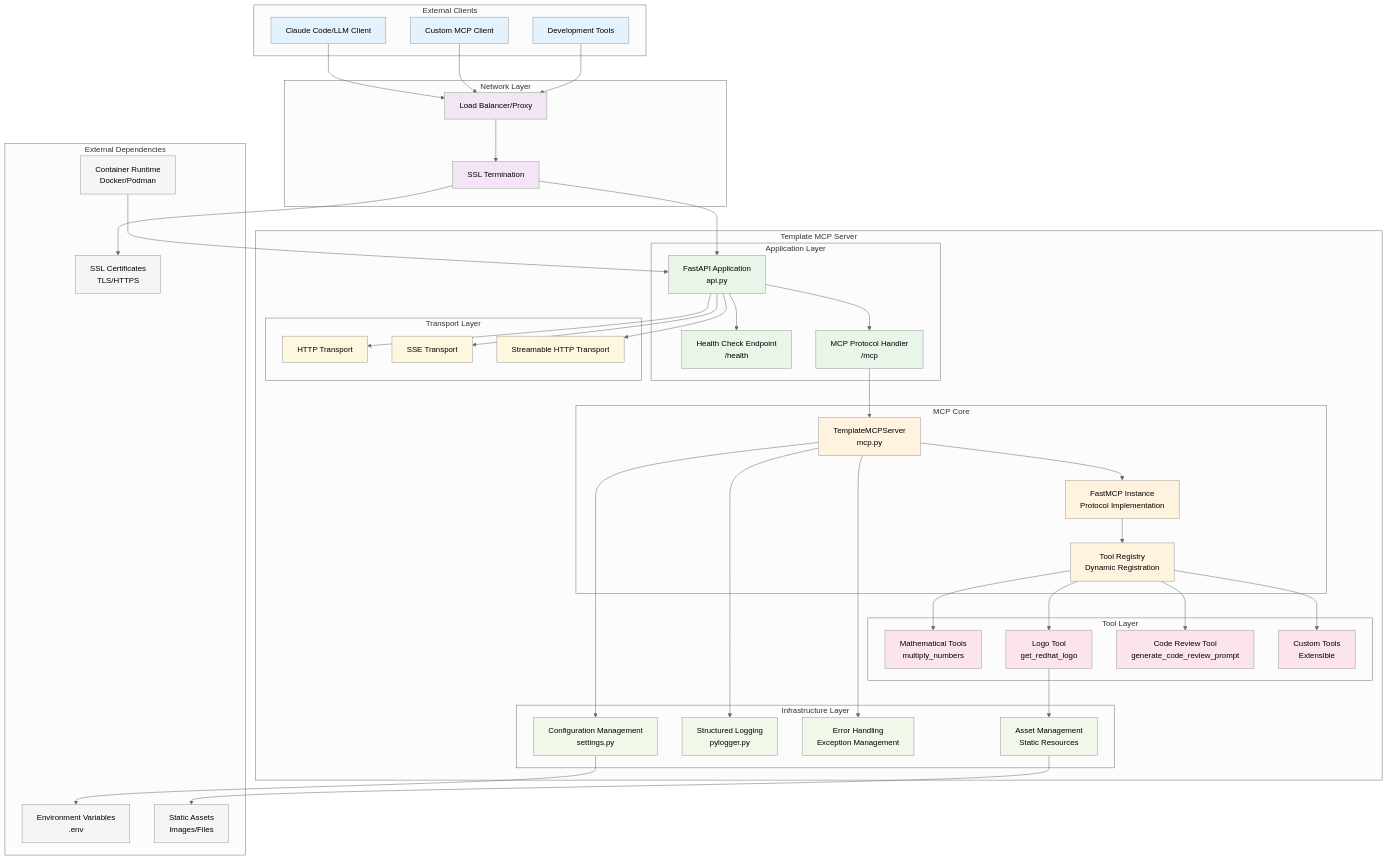
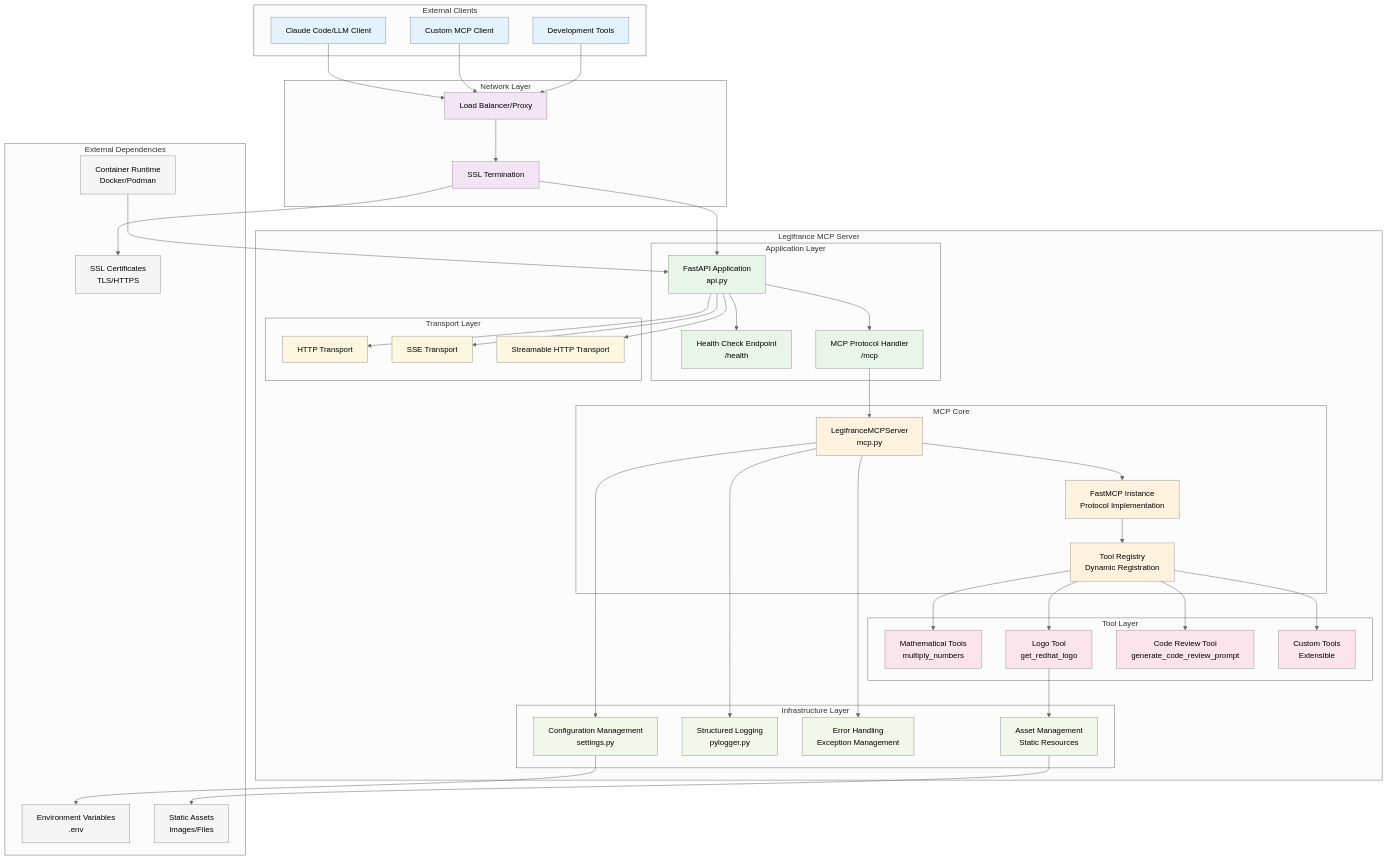
The first of 2 diagrams in docs/architecture.md (jfenal/legifrance-mcp-next), drawn with Mermaid (neutral theme) before and after one commit. The commit also changed other lines of this file and 72 other files, not shown here.

First line of the commit message:
chore: rename template-mcp-server to legifrance-mcp

```diff
--- a/docs/architecture.md
+++ b/docs/architecture.md
@@ -15,7 +15,7 @@
         E[SSL Termination]
     end
 
-    subgraph "Template MCP Server"
+    subgraph "Legifrance MCP Server"
         subgraph "Application Layer"
             F[FastAPI Application<br/>api.py]
             G[Health Check Endpoint<br/>/health]
@@ -23,7 +23,7 @@
         end
 
         subgraph "MCP Core"
-            I[TemplateMCPServer<br/>mcp.py]
+            I[LegifranceMCPServer<br/>mcp.py]
             J[FastMCP Instance<br/>Protocol Implementation]
             K[Tool Registry<br/>Dynamic Registration]
         end
```
